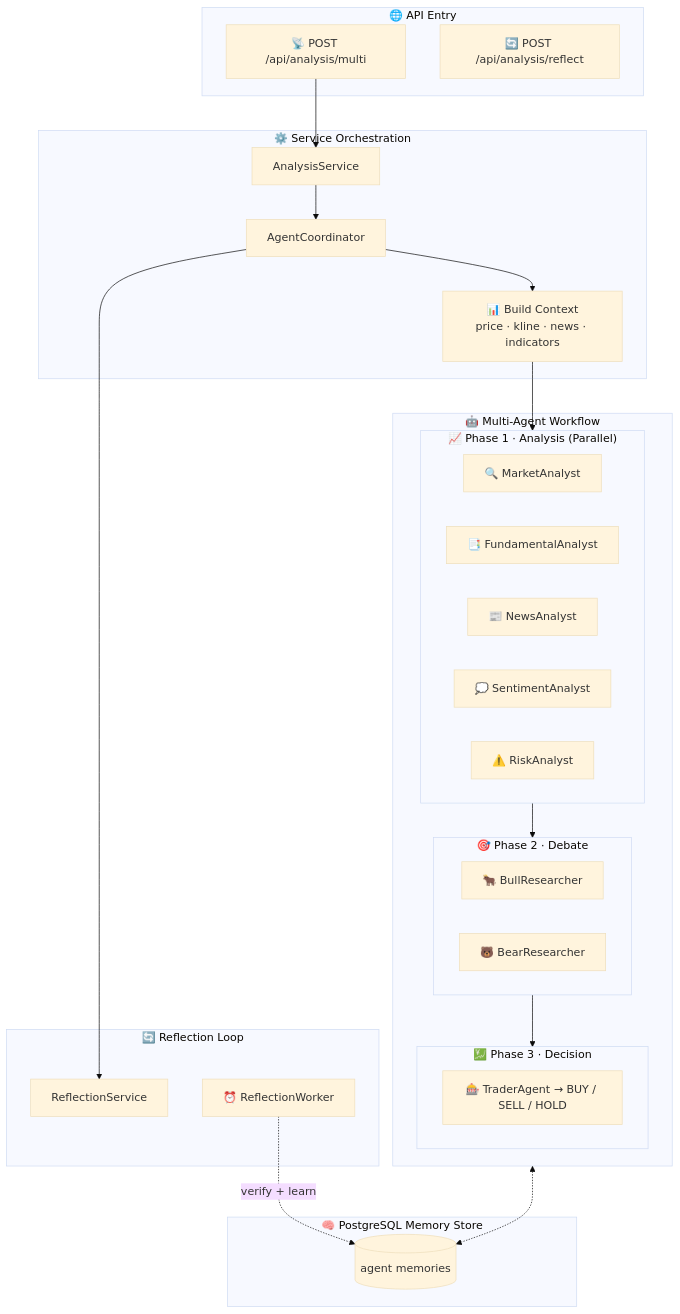
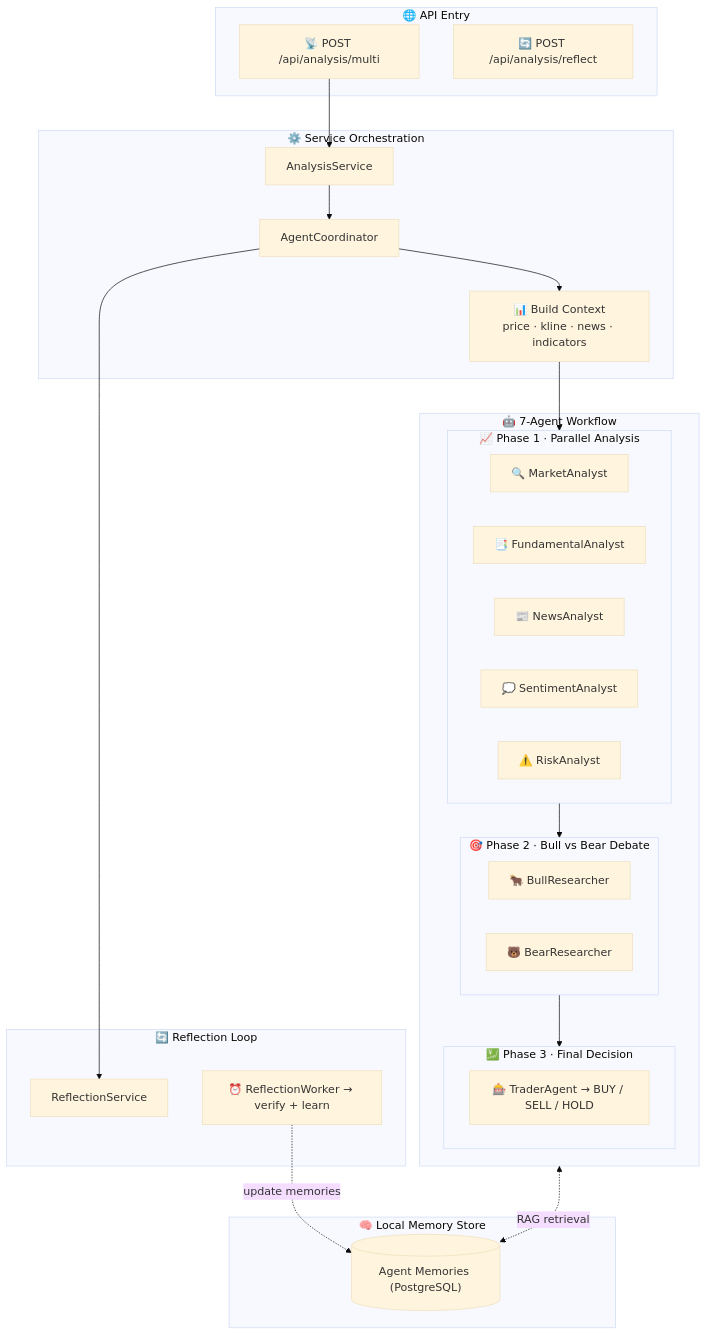
One commit to p369349074/QuantDinger changed the diagram in README.md. Above: the diagram before and after it, drawn with Mermaid (base theme). The commit also changed other lines of this file and 1 other file, not shown here.

````diff
--- a/README.md
+++ b/README.md
@@ -267,40 +243,40 @@
 ```mermaid
 flowchart TB
     subgraph Entry["🌐 API Entry"]
         A["📡 POST /api/analysis/multi"]
         A2["🔄 POST /api/analysis/reflect"]
     end
     subgraph Service["⚙️ Service Orchestration"]
         B[AnalysisService]
         C[AgentCoordinator]
         D["📊 Build Context<br/>price · kline · news · indicators"]
     end
-    subgraph Agents["🤖 Multi-Agent Workflow"]
-        subgraph P1["📈 Phase 1 · Analysis (Parallel)"]
+    subgraph Agents["🤖 7-Agent Workflow"]
+        subgraph P1["📈 Phase 1 · Parallel Analysis"]
             E1["🔍 MarketAnalyst"]
             E2["📑 FundamentalAnalyst"]
             E3["📰 NewsAnalyst"]
             E4["💭 SentimentAnalyst"]
             E5["⚠️ RiskAnalyst"]
         end
-        subgraph P2["🎯 Phase 2 · Debate"]
+        subgraph P2["🎯 Phase 2 · Bull vs Bear Debate"]
             F1["🐂 BullResearcher"]
             F2["🐻 BearResearcher"]
         end
-        subgraph P3["💹 Phase 3 · Decision"]
+        subgraph P3["💹 Phase 3 · Final Decision"]
             G["🎰 TraderAgent → BUY / SELL / HOLD"]
         end
     end
-    subgraph Memory["🧠 PostgreSQL Memory Store"]
-        M1[("agent memories")]
+    subgraph Memory["🧠 Local Memory Store"]
+        M1[("Agent Memories (PostgreSQL)")]
     end
     subgraph Reflect["🔄 Reflection Loop"]
         R[ReflectionService]
-        W["⏰ ReflectionWorker"]
+        W["⏰ ReflectionWorker → verify + learn"]
     end
     A --> B --> C --> D
     D --> P1 --> P2 --> P3
-    Agents <-.-> M1
+    Agents <-.->|"RAG retrieval"| M1
     C --> R
-    W -.->|"verify + learn"| M1
+    W -.->|"update memories"| M1
 ```
````
